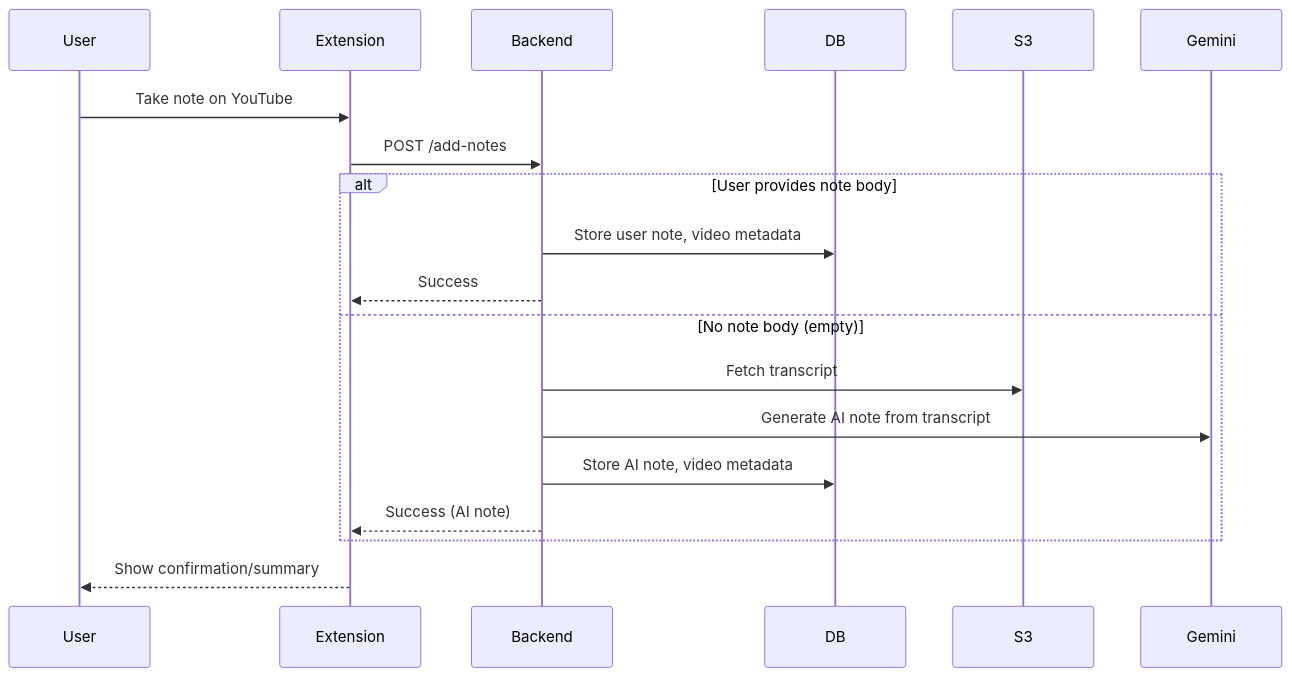
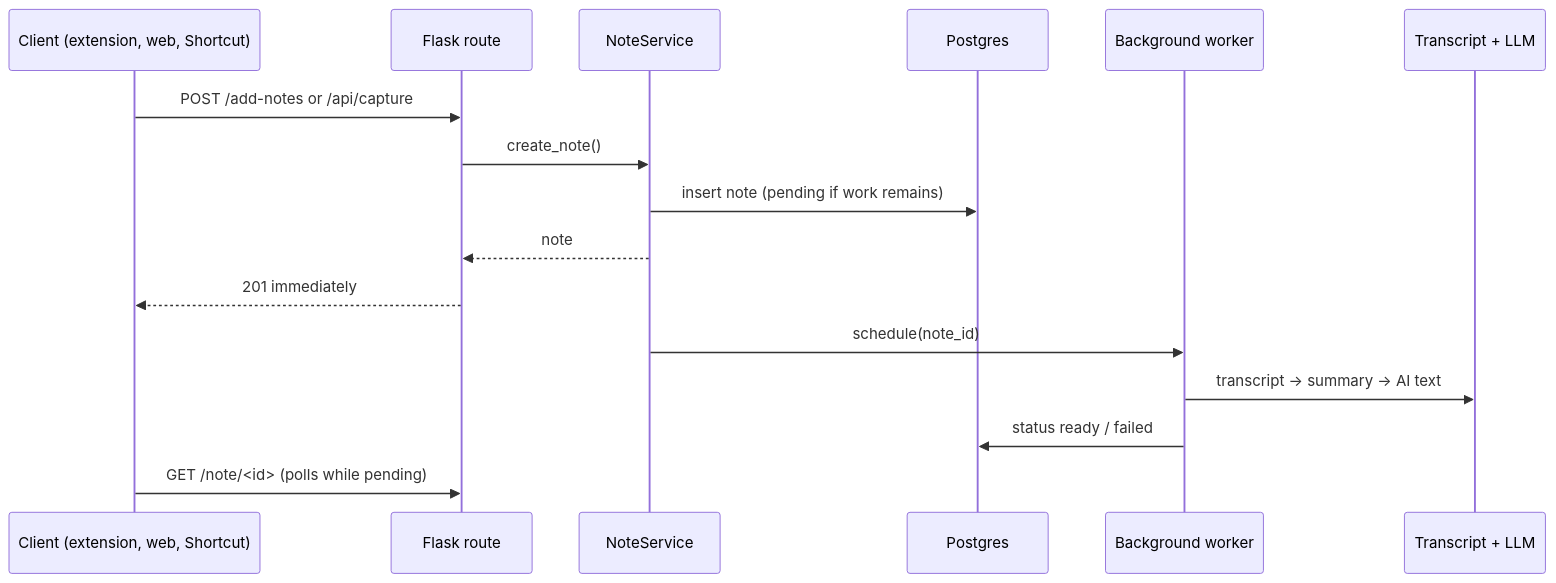
Before and after one commit to muskansindhu/Clipnote: the diagram in docs/architecture.md, drawn with Mermaid. The commit also changed other lines of this file and 54 other files, not shown here.

First line of the commit message:
Merge pull request #3 from muskansindhu/pr/2-capture-features-and-api

````diff
--- a/docs/architecture.md
+++ b/docs/architecture.md
@@ -50,21 +61,18 @@
 ```mermaid
 sequenceDiagram
-	participant User
-	participant Extension
-	participant Backend
-	participant DB
-	participant S3
-	participant Gemini
-	User->>Extension: Take note on YouTube
-	Extension->>Backend: POST /add-notes
-	alt User provides note body
-		Backend->>DB: Store user note, video metadata
-		Backend-->>Extension: Success
-	else No note body (empty)
-		Backend->>S3: Fetch transcript
-		Backend->>Gemini: Generate AI note from transcript
-		Backend->>DB: Store AI note, video metadata
-		Backend-->>Extension: Success (AI note)
-	end
-	Extension-->>User: Show confirmation/summary
+    participant C as Client (extension, web, Shortcut)
+    participant API as Flask route
+    participant S as NoteService
+    participant DB as Postgres
+    participant W as Background worker
+    participant T as Transcript + LLM
+    C->>API: POST /add-notes or /api/capture
+    API->>S: create_note()
+    S->>DB: insert note (pending if work remains)
+    S-->>API: note
+    API-->>C: 201 immediately
+    S->>W: schedule(note_id)
+    W->>T: transcript → summary → AI text
+    W->>DB: status ready / failed
+    C->>API: GET /note/<id> (polls while pending)
 ```
````
